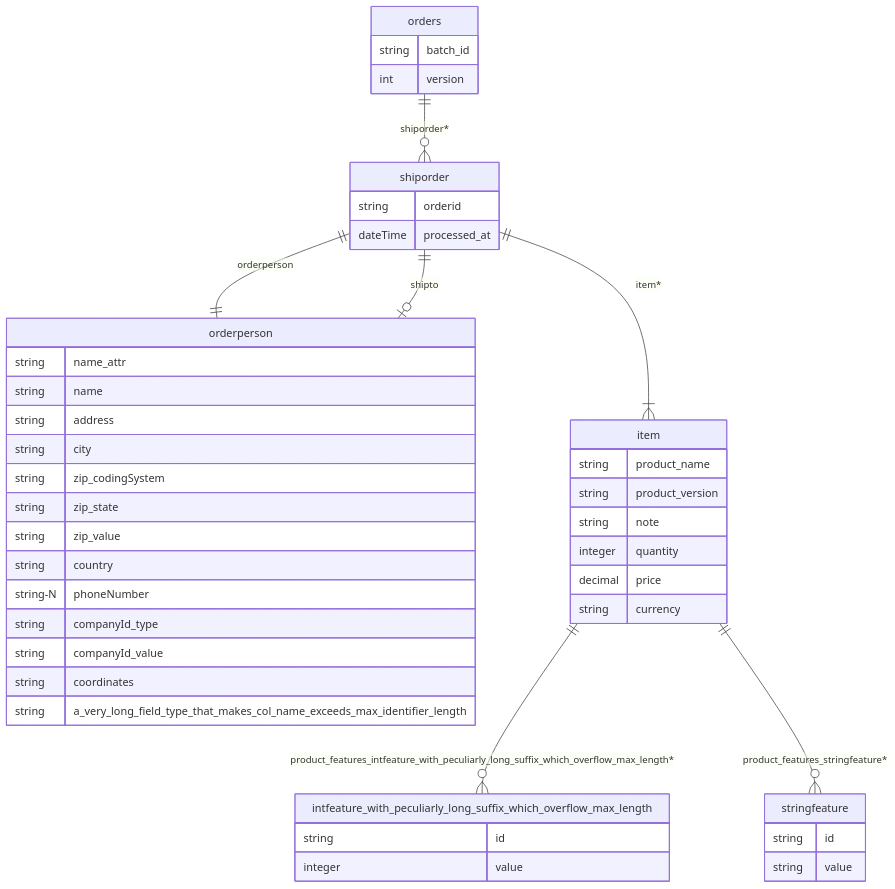
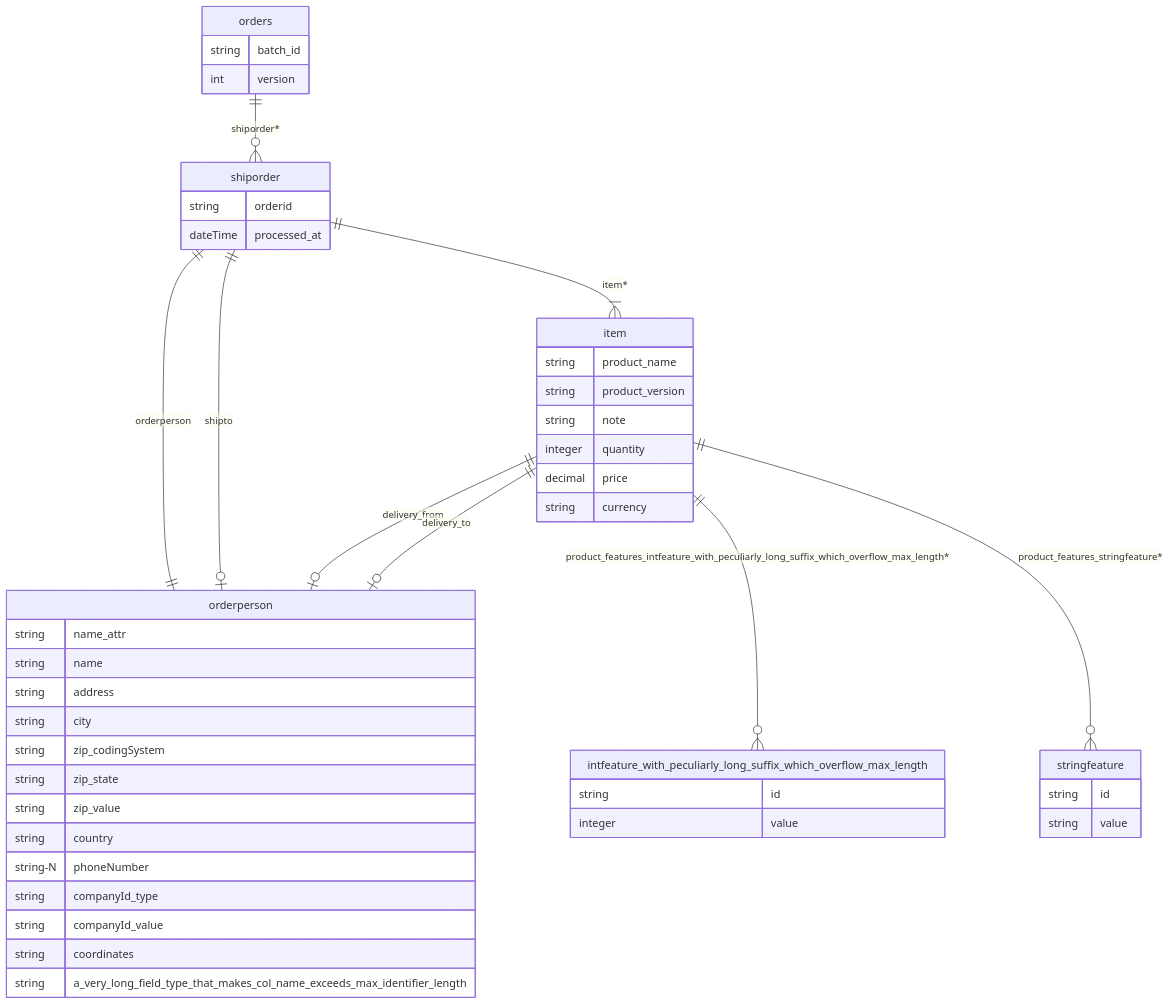
Before and after one commit to cre-dev/xml2db: the diagram in tests/sample_models/orders/orders_erd_version0.md, drawn with Mermaid. The commit also changed 21 other files, not shown here.

````diff
--- a/tests/sample_models/orders/orders_erd_version0.md
+++ b/tests/sample_models/orders/orders_erd_version0.md
@@ -1,48 +1,50 @@
 ```mermaid
 erDiagram
     orders ||--o{ shiporder : "shiporder*"
     orders {
         string batch_id
         int version
     }
     shiporder ||--|| orderperson : "orderperson"
     shiporder ||--o| orderperson : "shipto"
     shiporder ||--|{ item : "item*"
     shiporder {
         string orderid
         dateTime processed_at
     }
+    item ||--o| orderperson : "delivery_from"
+    item ||--o| orderperson : "delivery_to"
     item ||--o{ intfeature_with_peculiarly_long_suffix_which_overflow_max_length : "product_features_intfeature_with_peculiarly_long_suffix_which_overflow_max_length*"
     item ||--o{ stringfeature : "product_features_stringfeature*"
     item {
         string product_name
         string product_version
         string note
         integer quantity
         decimal price
         string currency
     }
     stringfeature {
         string id
         string value
     }
     intfeature_with_peculiarly_long_suffix_which_overflow_max_length {
         string id
         integer value
     }
     orderperson {
         string name_attr
         string name
         string address
         string city
         string zip_codingSystem
         string zip_state
         string zip_value
         string country
         string-N phoneNumber
         string companyId_type
         string companyId_value
         string coordinates
         string a_very_long_field_type_that_makes_col_name_exceeds_max_identifier_length
     }
 ```
````
